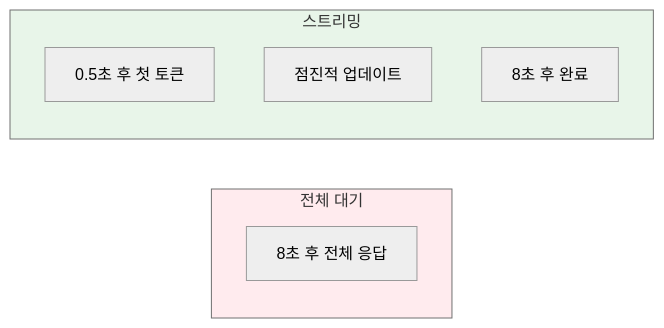
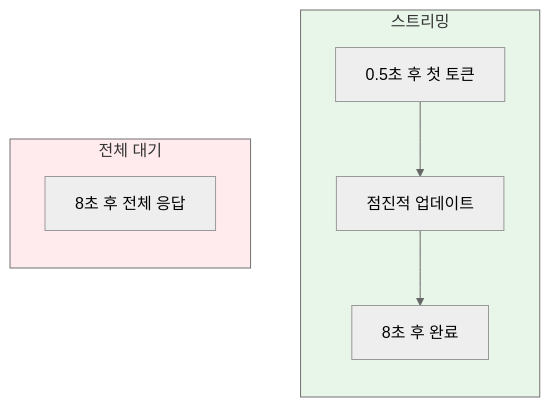
One commit to Gyeom/dev-notes changed the ninth of 9 diagrams in content/posts/2025-12-26-ai-agent-performance-optimization.md. Above: the diagram before and after it, drawn with Mermaid (neutral theme). The commit also changed other lines of this file and 12 other files, not shown here.

First line of the commit message:
Fix: Mermaid 다이어그램 레이아웃 수정 및 가이드 강화

````diff
--- a/content/posts/2025-12-26-ai-agent-performance-optimization.md
+++ b/content/posts/2025-12-26-ai-agent-performance-optimization.md
@@ -247,15 +246,15 @@
 ```mermaid
 flowchart LR
     subgraph Before["전체 대기"]
         A["8초 후 전체 응답"]
     end
 
     subgraph After["스트리밍"]
-        B["0.5초 후 첫 토큰"]
-        C["점진적 업데이트"]
-        D["8초 후 완료"]
+        B["0.5초 후 첫 토큰"] --> C["점진적 업데이트"] --> D["8초 후 완료"]
     end
+
+    Before ~~~ After
 
     style Before fill:#FFEBEE
     style After fill:#E8F5E9
 ```
````
